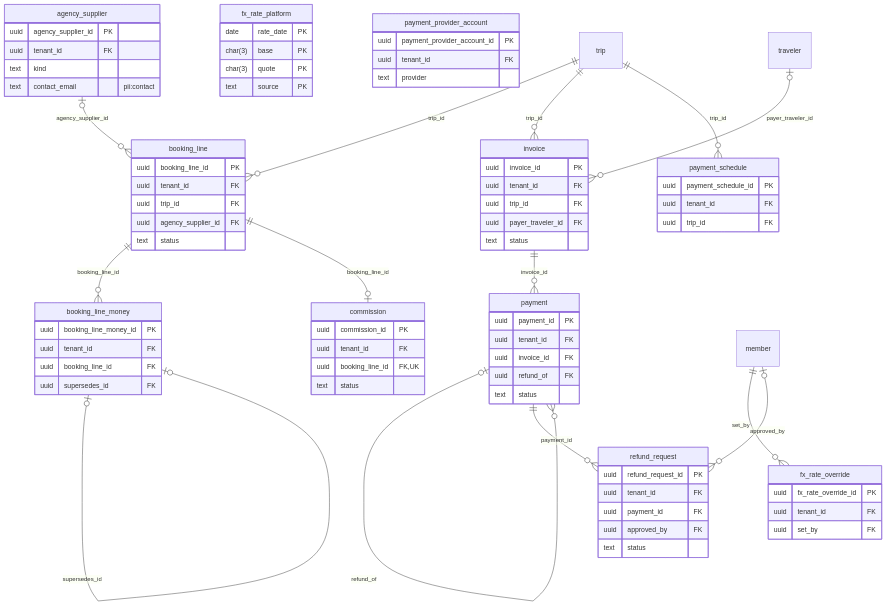
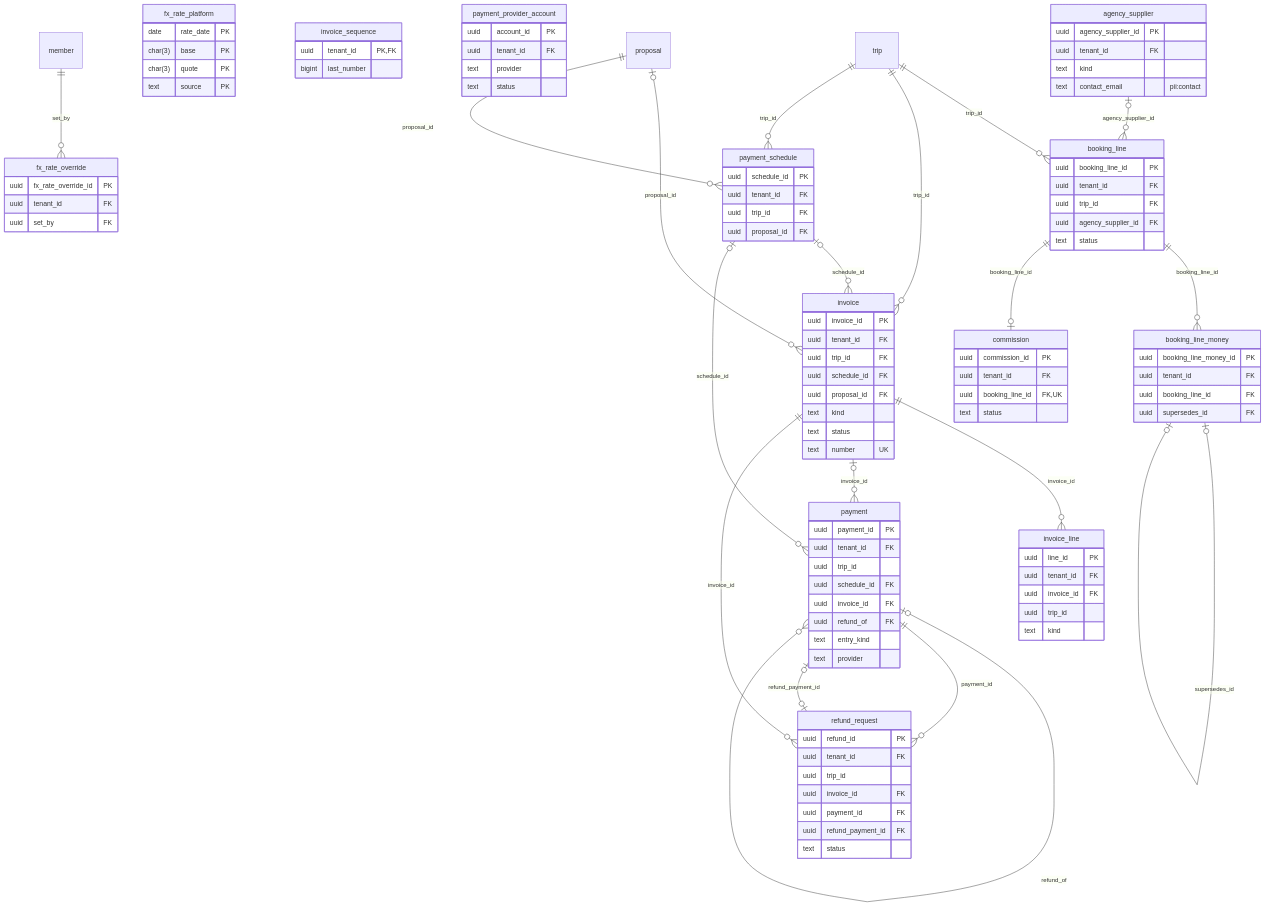
Before and after one commit to AdventureAsia365-Ecosys/AA-Ecosys: the eighth of 13 diagrams in docs/architecture/erd/design/crm.md, drawn with Mermaid. The commit also changed other lines of this file and 1 other file, not shown here.

Commit message:
docs: crm-024 invoices and payments in the design ERD and the retention register (#370)
## What

- Design ERD group F redrawn for AA-Partner crm-024 (invoices, invoice
lines, the invoice sequence, payments against invoices, refund requests,
the agency's own payment methods).
- Data standards Part B section 7 (DM-7.1 retention register):
`crm.invoice_line` joins the accounting-exception row with `crm.invoice`
(lines are kept with their invoice); `crm.invoice_sequence` (the
agency's gapless counter, one row per agency) joins the agency row (hard
delete at offboarding).

## Why now

Infra's Migration Copy Guard runs `db/check_retention_rows.py`
(RETENTION_OWNERS crm). Without these two rows the crm-024 copy PR fails
(checked locally against Infra main + the copy: 2 tables without a row
before, 0 after). This PR must merge before the Infra copy PR.

Refs AA-952

🤖 Generated with [Claude Code](https://claude.com/claude-code)

---------

````diff
--- a/docs/architecture/erd/design/crm.md
+++ b/docs/architecture/erd/design/crm.md
@@ -553,26 +555,46 @@
         uuid invoice_id PK
         uuid tenant_id FK
         uuid trip_id FK
-        uuid payer_traveler_id FK
+        uuid schedule_id FK
+        uuid proposal_id FK
+        text kind
         text status
+        text number UK
+    }
+    invoice_line {
+        uuid line_id PK
+        uuid tenant_id FK
+        uuid invoice_id FK
+        uuid trip_id
+        text kind
+    }
+    invoice_sequence {
+        uuid tenant_id PK, FK
+        bigint last_number
     }
     payment_schedule {
-        uuid payment_schedule_id PK
+        uuid schedule_id PK
         uuid tenant_id FK
         uuid trip_id FK
+        uuid proposal_id FK
     }
     payment {
         uuid payment_id PK
         uuid tenant_id FK
+        uuid trip_id
+        uuid schedule_id FK
         uuid invoice_id FK
         uuid refund_of FK
-        text status
+        text entry_kind
+        text provider
     }
     refund_request {
-        uuid refund_request_id PK
+        uuid refund_id PK
         uuid tenant_id FK
+        uuid trip_id
+        uuid invoice_id FK
         uuid payment_id FK
-        uuid approved_by FK
+        uuid refund_payment_id FK
         text status
     }
     commission {
@@ -582,9 +604,10 @@
         text status
     }
     payment_provider_account {
-        uuid payment_provider_account_id PK
+        uuid account_id PK
         uuid tenant_id FK
         text provider
+        text status
     }
     trip ||--o{ booking_line : "trip_id"
     agency_supplier |o--o{ booking_line : "agency_supplier_id"
@@ -592,11 +615,16 @@
     booking_line_money |o--o| booking_line_money : "supersedes_id"
     member ||--o{ fx_rate_override : "set_by"
     trip ||--o{ invoice : "trip_id"
-    traveler |o--o{ invoice : "payer_traveler_id"
+    payment_schedule |o--o{ invoice : "schedule_id"
+    proposal |o--o{ invoice : "proposal_id"
+    proposal ||--o{ payment_schedule : "proposal_id"
+    invoice ||--o{ invoice_line : "invoice_id"
     trip ||--o{ payment_schedule : "trip_id"
-    invoice ||--o{ payment : "invoice_id"
+    payment_schedule |o--o{ payment : "schedule_id"
+    invoice |o--o{ payment : "invoice_id"
     payment |o--o{ payment : "refund_of"
     payment ||--o{ refund_request : "payment_id"
-    member |o--o{ refund_request : "approved_by"
+    payment |o--o| refund_request : "refund_payment_id"
+    invoice ||--o{ refund_request : "invoice_id"
     booking_line ||--o| commission : "booking_line_id"
 ```
````
